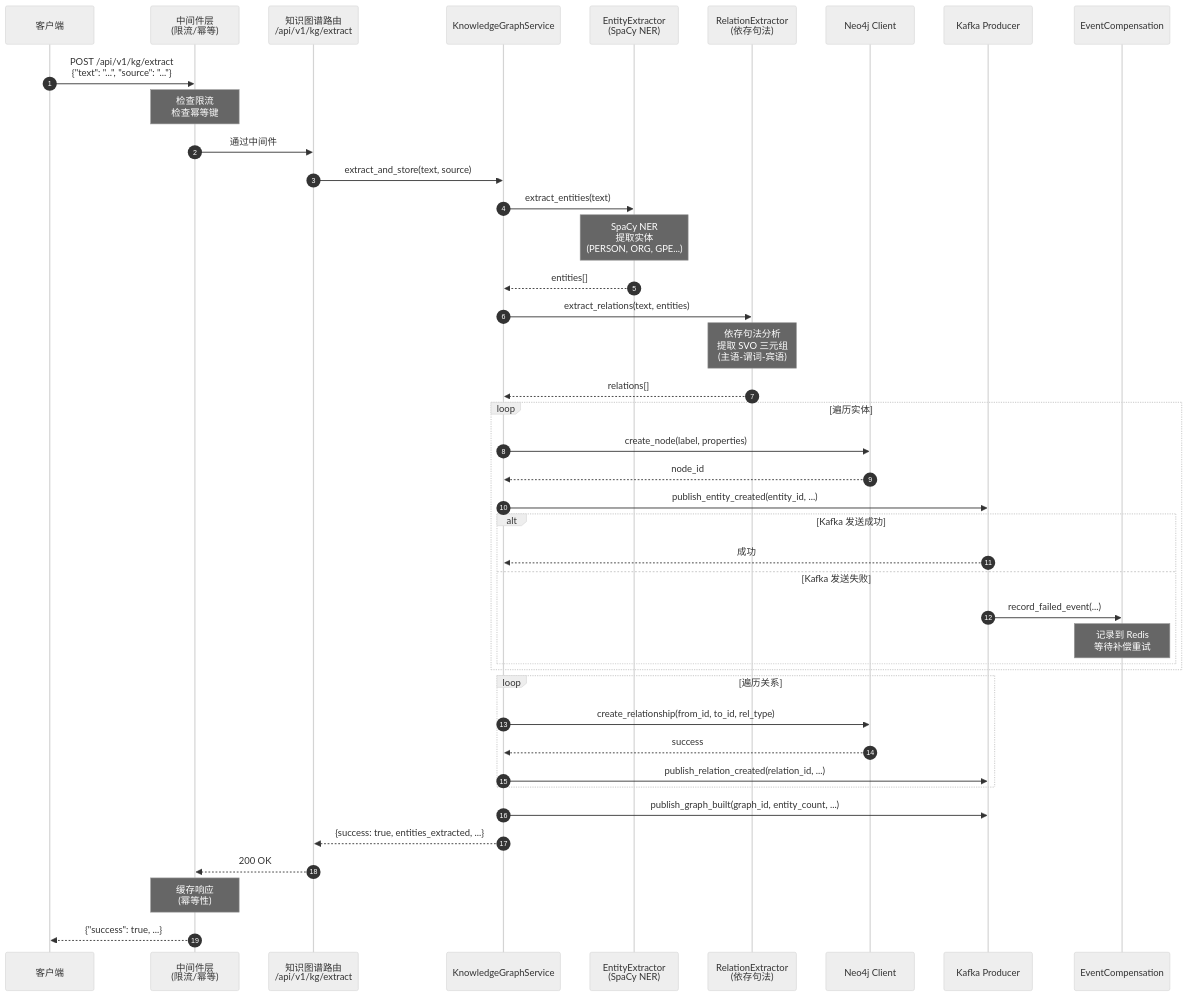
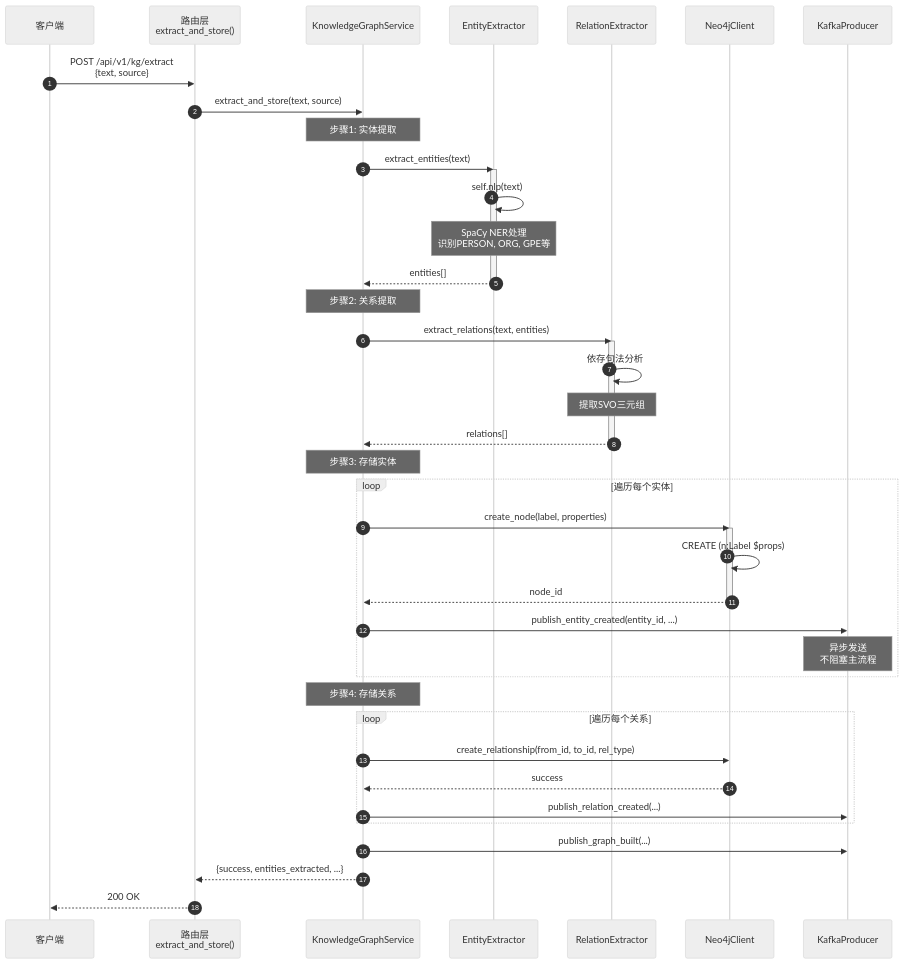
One commit to haoyunlt/VoiceAssistant changed the third of 10 diagrams in docs/VoiceHelper-04-Knowledge-Service(python版本).md. Above: the diagram before and after it, drawn with Mermaid (neutral theme). The commit also changed other lines of this file and 162 other files, not shown here.

````diff
--- a/docs/VoiceHelper-04-Knowledge-Service(python版本).md
+++ b/docs/VoiceHelper-04-Knowledge-Service(python版本).md
@@ -163,52 +636,54 @@
 ```mermaid
 sequenceDiagram
     autonumber
-    participant C as 客户端
-    participant M as 中间件层<br/>(限流/幂等)
-    participant R as 知识图谱路由<br/>/api/v1/kg/extract
-    participant KG as KnowledgeGraphService
-    participant EE as EntityExtractor<br/>(SpaCy NER)
-    participant RE as RelationExtractor<br/>(依存句法)
-    participant Neo4j as Neo4j Client
-    participant Kafka as Kafka Producer
-    participant EventComp as EventCompensation
+    participant Client as 客户端
+    participant Router as 路由层<br/>extract_and_store()
+    participant KGService as KnowledgeGraphService
+    participant EntityExt as EntityExtractor
+    participant RelationExt as RelationExtractor
+    participant Neo4j as Neo4jClient
+    participant Kafka as KafkaProducer
 
-    C->>M: POST /api/v1/kg/extract<br/>{"text": "...", "source": "..."}
-    Note over M: 检查限流<br/>检查幂等键
+    Client->>Router: POST /api/v1/kg/extract<br/>{text, source}
+    Router->>KGService: extract_and_store(text, source)
 
-    M->>R: 通过中间件
-    R->>KG: extract_and_store(text, source)
+    Note over KGService: 步骤1: 实体提取
+    KGService->>EntityExt: extract_entities(text)
+    activate EntityExt
+    EntityExt->>EntityExt: self.nlp(text)
+    Note over EntityExt: SpaCy NER处理<br/>识别PERSON, ORG, GPE等
+    EntityExt-->>KGService: entities[]
+    deactivate EntityExt
 
-    KG->>EE: extract_entities(text)
-    Note over EE: SpaCy NER<br/>提取实体<br/>(PERSON, ORG, GPE...)
-    EE-->>KG: entities[]
+    Note over KGService: 步骤2: 关系提取
+    KGService->>RelationExt: extract_relations(text, entities)
+    activate RelationExt
+    RelationExt->>RelationExt: 依存句法分析
+    Note over RelationExt: 提取SVO三元组
+    RelationExt-->>KGService: relations[]
+    deactivate RelationExt
 
-    KG->>RE: extract_relations(text, entities)
-    Note over RE: 依存句法分析<br/>提取 SVO 三元组<br/>(主语-谓词-宾语)
-    RE-->>KG: relations[]
+    Note over KGService: 步骤3: 存储实体
+    loop 遍历每个实体
+        KGService->>Neo4j: create_node(label, properties)
+        activate Neo4j
+        Neo4j->>Neo4j: CREATE (n:Label $props)
+        Neo4j-->>KGService: node_id
+        deactivate Neo4j
 
-    loop 遍历实体
-        KG->>Neo4j: create_node(label, properties)
-        Neo4j-->>KG: node_id
-        KG->>Kafka: publish_entity_created(entity_id, ...)
-        alt Kafka 发送成功
-            Kafka-->>KG: 成功
-        else Kafka 发送失败
-            Kafka->>EventComp: record_failed_event(...)
-            Note over EventComp: 记录到 Redis<br/>等待补偿重试
-        end
+        KGService->>Kafka: publish_entity_created(entity_id, ...)
+        Note over Kafka: 异步发送<br/>不阻塞主流程
     end
 
-    loop 遍历关系
-        KG->>Neo4j: create_relationship(from_id, to_id, rel_type)
-        Neo4j-->>KG: success
-        KG->>Kafka: publish_relation_created(relation_id, ...)
+    Note over KGService: 步骤4: 存储关系
+    loop 遍历每个关系
+        KGService->>Neo4j: create_relationship(from_id, to_id, rel_type)
+        Neo4j-->>KGService: success
+
+        KGService->>Kafka: publish_relation_created(...)
     end
 
-    KG->>Kafka: publish_graph_built(graph_id, entity_count, ...)
-
-    KG-->>R: {success: true, entities_extracted, ...}
-    R-->>M: 200 OK
-    Note over M: 缓存响应<br/>(幂等性)
-    M-->>C: {"success": true, ...}
+    KGService->>Kafka: publish_graph_built(...)
+    KGService-->>Router: {success, entities_extracted, ...}
+    Router-->>Client: 200 OK
 ```
````
